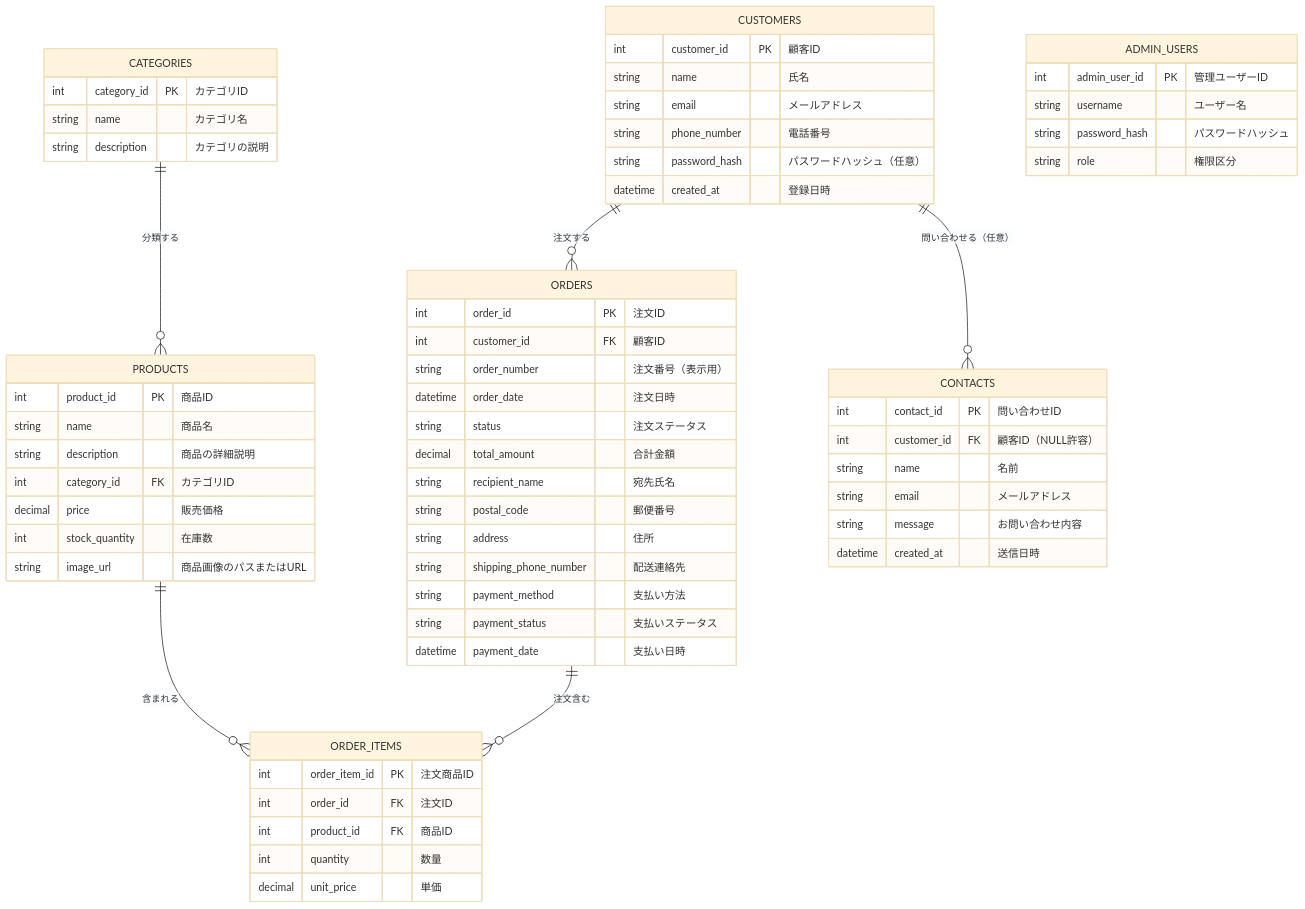
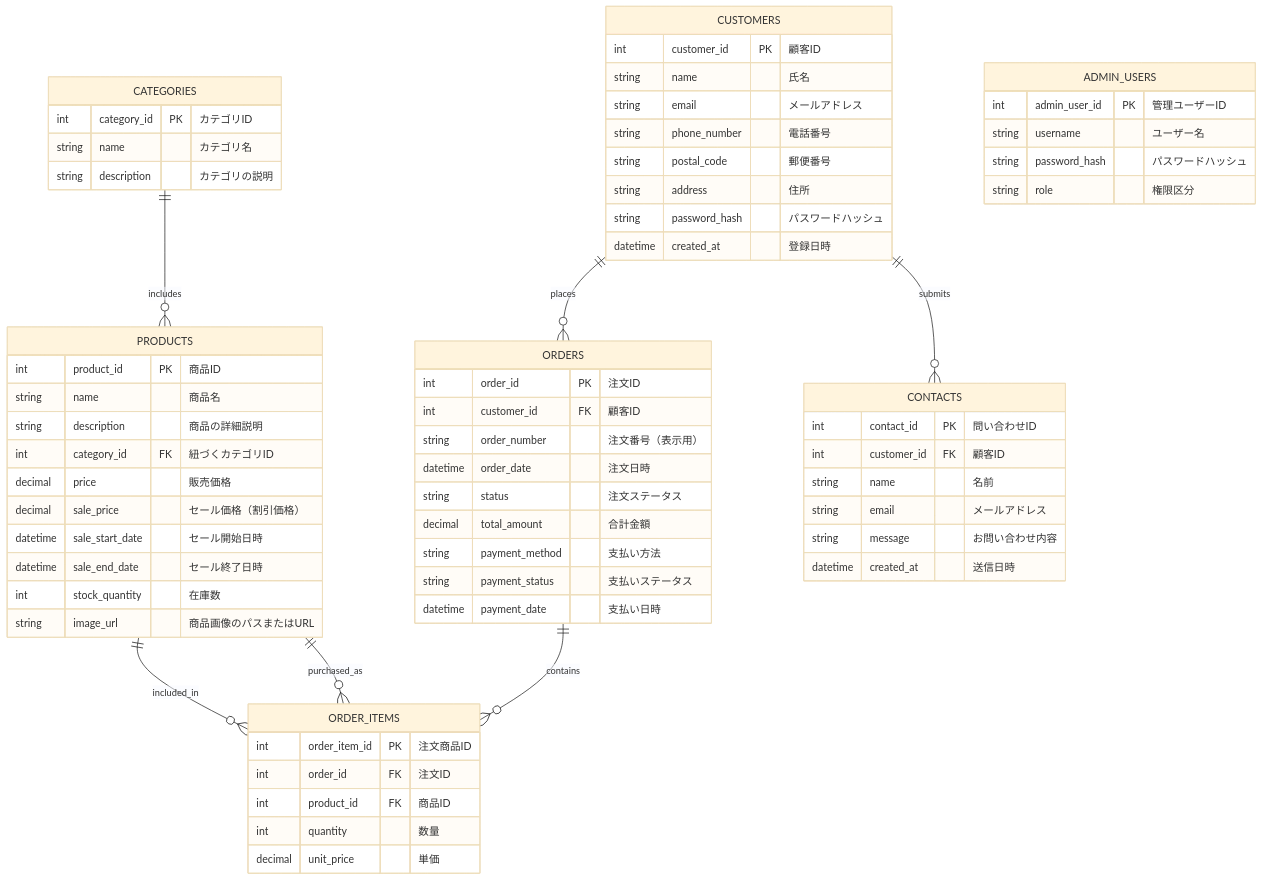
The seventh of 7 diagrams in 基本設計/提出用/基本設計書.md (Aoi-Yaegashi/teamF), drawn with Mermaid (base theme) before and after one commit. The commit also changed other lines of this file, not shown here.

````diff
--- a/基本設計/提出用/基本設計書.md
+++ b/基本設計/提出用/基本設計書.md
@@ -540,75 +552,75 @@
-<div class="mermaid">
+```mermaid
 erDiagram
+    PRODUCTS {
+        int product_id PK "商品ID"
+        string name "商品名"
+        string description "商品の詳細説明"
+        int category_id FK "紐づくカテゴリID"
+        decimal price "販売価格"
+        decimal sale_price "セール価格（割引価格）"
+        datetime sale_start_date "セール開始日時"
+        datetime sale_end_date "セール終了日時"
+        int stock_quantity "在庫数"
+        string image_url "商品画像のパスまたはURL"
+    }
+
     CATEGORIES {
         int category_id PK "カテゴリID"
         string name "カテゴリ名"
         string description "カテゴリの説明"
-    }
-
-    PRODUCTS {
-        int product_id PK "商品ID"
-        string name "商品名"
-        string description "商品の詳細説明"
-        int category_id FK "カテゴリID"
-        decimal price "販売価格"
-        int stock_quantity "在庫数"
-        string image_url "商品画像のパスまたはURL"
     }
 
     CUSTOMERS {
         int customer_id PK "顧客ID"
         string name "氏名"
         string email "メールアドレス"
         string phone_number "電話番号"
-        string password_hash "パスワードハッシュ（任意）"
+        string postal_code "郵便番号"
+        string address "住所"
+        string password_hash "パスワードハッシュ"
         datetime created_at "登録日時"
     }
 
     ORDERS {
         int order_id PK "注文ID"
         int customer_id FK "顧客ID"
         string order_number "注文番号（表示用）"
         datetime order_date "注文日時"
         string status "注文ステータス"
         decimal total_amount "合計金額"
-        string recipient_name "宛先氏名"
-        string postal_code "郵便番号"
-        string address "住所"
-        string shipping_phone_number "配送連絡先"
         string payment_method "支払い方法"
         string payment_status "支払いステータス"
         datetime payment_date "支払い日時"
     }
 
     ORDER_ITEMS {
         int order_item_id PK "注文商品ID"
         int order_id FK "注文ID"
         int product_id FK "商品ID"
         int quantity "数量"
         decimal unit_price "単価"
     }
 
     CONTACTS {
         int contact_id PK "問い合わせID"
-        int customer_id FK "顧客ID（NULL許容）"
+        int customer_id FK "顧客ID"
         string name "名前"
         string email "メールアドレス"
         string message "お問い合わせ内容"
         datetime created_at "送信日時"
     }
 
     ADMIN_USERS {
         int admin_user_id PK "管理ユーザーID"
         string username "ユーザー名"
         string password_hash "パスワードハッシュ"
         string role "権限区分"
     }
 
-    PRODUCTS ||--o{ ORDER_ITEMS : "含まれる"
-    ORDERS ||--o{ ORDER_ITEMS : "注文含む"
-    CUSTOMERS ||--o{ ORDERS : "注文する"
-    CATEGORIES ||--o{ PRODUCTS : "分類する"
-    CUSTOMERS ||--o{ CONTACTS : "問い合わせる（任意）"
-
-
-</div>
+    CATEGORIES ||--o{ PRODUCTS : includes
+    PRODUCTS ||--o{ ORDER_ITEMS : included_in
+    ORDERS ||--o{ ORDER_ITEMS : contains
+    CUSTOMERS ||--o{ ORDERS : places
+    CUSTOMERS ||--o{ CONTACTS : submits
+    PRODUCTS ||--o{ ORDER_ITEMS : purchased_as
+```
````
